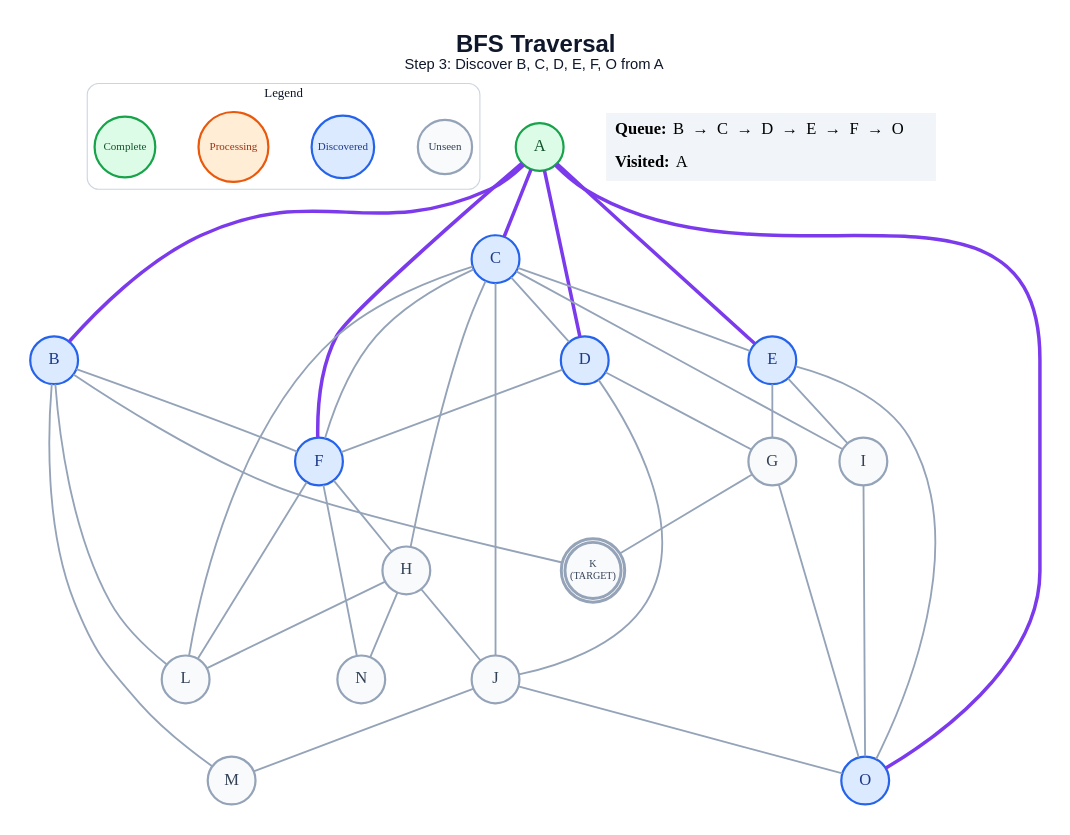
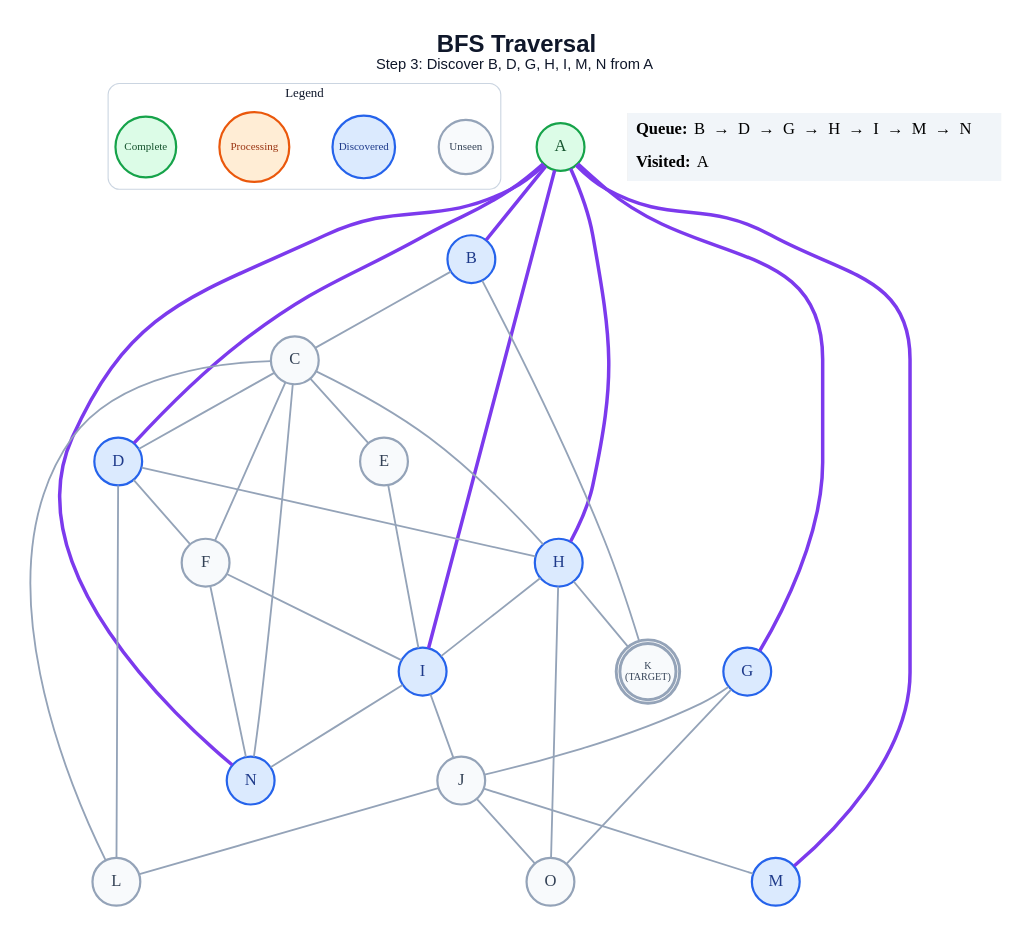
One commit to anon7238593-create/ai-slop changed the diagram in generated/bfs/step_03.dot. Above: the diagram before and after it, drawn with Graphviz. The commit also changed 209 other files, not shown here.

```diff
--- a/generated/bfs/step_03.dot
+++ b/generated/bfs/step_03.dot
@@ -1,68 +1,65 @@
 graph traversal {
   graph [layout=dot, rankdir=TB, bgcolor="#FFFFFF", pad="0.35", nodesep="0.65", ranksep="0.8", fontname="Arial"];
   node [shape=circle, style="filled", fontname="Arial Bold", fontsize=18, width=0.72, fixedsize=true, penwidth=2.4];
   edge [color="#94A3B8", penwidth=2.0];
-  label=<<B>BFS Traversal</B><BR/><FONT POINT-SIZE="16">Step 3: Discover B, C, D, E, F, O from A</FONT>>; labelloc="t"; fontsize=26; fontname="Arial"; fontcolor="#0F172A";
+  label=<<B>BFS Traversal</B><BR/><FONT POINT-SIZE="16">Step 3: Discover B, D, G, H, I, M, N from A</FONT>>; labelloc="t"; fontsize=26; fontname="Arial"; fontcolor="#0F172A";
   subgraph cluster_legend { label="Legend"; color="#CBD5E1"; penwidth=1.2; style="rounded"; fontsize=14; fontname="Arial Bold";
     key_unseen [label="Unseen", fillcolor="#F8FAFC", color="#94A3B8", fontcolor="#334155", fontsize=12, width=0.82];
     key_frontier [label="Discovered", fillcolor="#DBEAFE", color="#2563EB", fontcolor="#1E3A8A", fontsize=12, width=0.95];
     key_current [label="Processing", fillcolor="#FFEDD5", color="#EA580C", fontcolor="#9A3412", fontsize=12, width=1.05];
     key_done [label="Complete", fillcolor="#DCFCE7", color="#16A34A", fontcolor="#14532D", fontsize=12, width=0.92];
     { rank=same; key_unseen; key_frontier; key_current; key_done; }
   }
   A [label="A", fillcolor="#DCFCE7", color="#16A34A", fontcolor="#14532D", peripheries=1, penwidth=2.4];
   B [label="B", fillcolor="#DBEAFE", color="#2563EB", fontcolor="#1E3A8A", peripheries=1, penwidth=2.4];
-  C [label="C", fillcolor="#DBEAFE", color="#2563EB", fontcolor="#1E3A8A", peripheries=1, penwidth=2.4];
+  C [label="C", fillcolor="#F8FAFC", color="#94A3B8", fontcolor="#334155", peripheries=1, penwidth=2.4];
   D [label="D", fillcolor="#DBEAFE", color="#2563EB", fontcolor="#1E3A8A", peripheries=1, penwidth=2.4];
-  E [label="E", fillcolor="#DBEAFE", color="#2563EB", fontcolor="#1E3A8A", peripheries=1, penwidth=2.4];
-  F [label="F", fillcolor="#DBEAFE", color="#2563EB", fontcolor="#1E3A8A", peripheries=1, penwidth=2.4];
-  G [label="G", fillcolor="#F8FAFC", color="#94A3B8", fontcolor="#334155", peripheries=1, penwidth=2.4];
-  H [label="H", fillcolor="#F8FAFC", color="#94A3B8", fontcolor="#334155", peripheries=1, penwidth=2.4];
-  I [label="I", fillcolor="#F8FAFC", color="#94A3B8", fontcolor="#334155", peripheries=1, penwidth=2.4];
+  E [label="E", fillcolor="#F8FAFC", color="#94A3B8", fontcolor="#334155", peripheries=1, penwidth=2.4];
+  F [label="F", fillcolor="#F8FAFC", color="#94A3B8", fontcolor="#334155", peripheries=1, penwidth=2.4];
+  G [label="G", fillcolor="#DBEAFE", color="#2563EB", fontcolor="#1E3A8A", peripheries=1, penwidth=2.4];
+  H [label="H", fillcolor="#DBEAFE", color="#2563EB", fontcolor="#1E3A8A", peripheries=1, penwidth=2.4];
+  I [label="I", fillcolor="#DBEAFE", color="#2563EB", fontcolor="#1E3A8A", peripheries=1, penwidth=2.4];
   J [label="J", fillcolor="#F8FAFC", color="#94A3B8", fontcolor="#334155", peripheries=1, penwidth=2.4];
   K [label="K\n(TARGET)", fillcolor="#F8FAFC", color="#94A3B8", fontcolor="#334155", peripheries=2, penwidth=3.2, fontsize=11, width=0.85, height=0.85];
   L [label="L", fillcolor="#F8FAFC", color="#94A3B8", fontcolor="#334155", peripheries=1, penwidth=2.4];
-  M [label="M", fillcolor="#F8FAFC", color="#94A3B8", fontcolor="#334155", peripheries=1, penwidth=2.4];
-  N [label="N", fillcolor="#F8FAFC", color="#94A3B8", fontcolor="#334155", peripheries=1, penwidth=2.4];
-  O [label="O", fillcolor="#DBEAFE", color="#2563EB", fontcolor="#1E3A8A", peripheries=1, penwidth=2.4];
+  M [label="M", fillcolor="#DBEAFE", color="#2563EB", fontcolor="#1E3A8A", peripheries=1, penwidth=2.4];
+  N [label="N", fillcolor="#DBEAFE", color="#2563EB", fontcolor="#1E3A8A", peripheries=1, penwidth=2.4];
+  O [label="O", fillcolor="#F8FAFC", color="#94A3B8", fontcolor="#334155", peripheries=1, penwidth=2.4];
   A -- B [color="#7C3AED", penwidth=3.8];
-  A -- C [color="#7C3AED", penwidth=3.8];
   A -- D [color="#7C3AED", penwidth=3.8];
-  A -- E [color="#7C3AED", penwidth=3.8];
-  A -- F [color="#7C3AED", penwidth=3.8];
-  A -- O [color="#7C3AED", penwidth=3.8];
-  B -- F;
+  A -- G [color="#7C3AED", penwidth=3.8];
+  A -- H [color="#7C3AED", penwidth=3.8];
+  A -- I [color="#7C3AED", penwidth=3.8];
+  A -- M [color="#7C3AED", penwidth=3.8];
+  A -- N [color="#7C3AED", penwidth=3.8];
+  B -- C;
   B -- K;
-  B -- L;
-  B -- M;
   C -- D;
   C -- E;
   C -- F;
   C -- H;
-  C -- I;
-  C -- J;
   C -- L;
+  C -- N;
   D -- F;
-  D -- G;
-  D -- J;
-  E -- G;
+  D -- H;
+  D -- L;
   E -- I;
-  E -- O;
-  F -- H;
-  F -- L;
+  F -- I;
   F -- N;
-  G -- K;
+  G -- J;
   G -- O;
-  H -- J;
-  H -- L;
-  H -- N;
-  I -- O;
+  H -- I;
+  H -- K;
+  H -- O;
+  I -- J;
+  I -- N;
+  J -- L;
   J -- M;
   J -- O;
   status [shape=plain, fixedsize=false, width=0, height=0, margin=0, label=<
     <TABLE BORDER="0" CELLBORDER="0" CELLPADDING="7" BGCOLOR="#F1F5F9">
-      <TR><TD ALIGN="LEFT"><B>Queue:</B> B  →  C  →  D  →  E  →  F  →  O</TD></TR>
+      <TR><TD ALIGN="LEFT"><B>Queue:</B> B  →  D  →  G  →  H  →  I  →  M  →  N</TD></TR>
       <TR><TD ALIGN="LEFT"><B>Visited:</B> A</TD></TR>
     </TABLE>
   >];
 }
```
